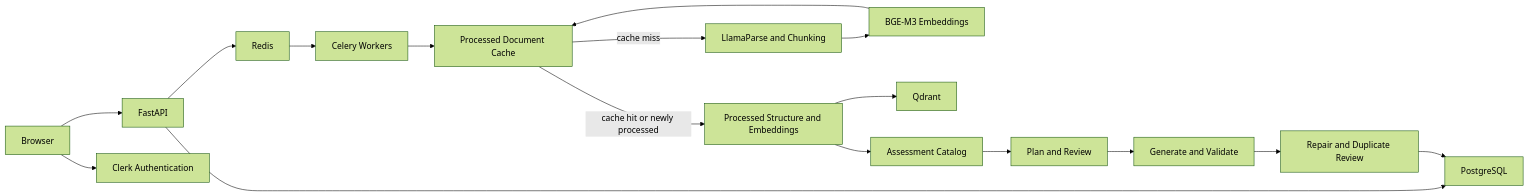
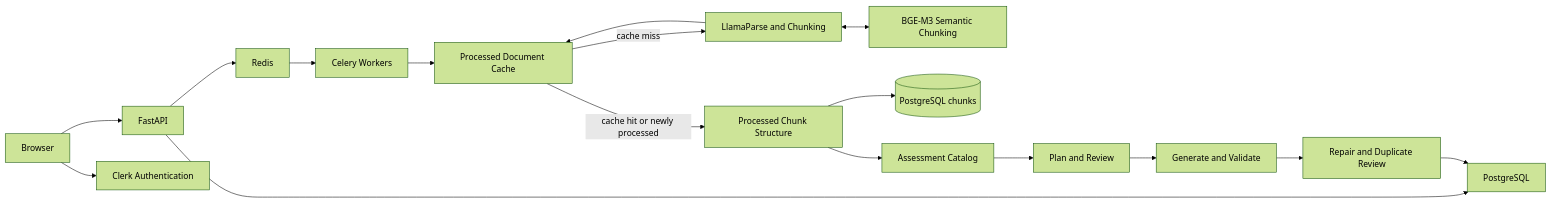
The diagram in README.md (AbdelrahmanAlabadla/DraftWork), drawn with Mermaid (forest theme) before and after one commit. The commit also changed other lines of this file and 19 other files, not shown here.

First line of the commit message:
Store document chunks in PostgreSQL instead of Qdrant

````diff
--- a/README.md
+++ b/README.md
@@ -153,19 +153,19 @@
 ```mermaid
 flowchart LR
     A[Browser] --> B[FastAPI]
     A --> J[Clerk Authentication]
     B --> C[PostgreSQL]
     B --> D[Redis]
     D --> E[Celery Workers]
     E --> G[Processed Document Cache]
     G -->|cache miss| F[LlamaParse and Chunking]
-    F --> H[BGE-M3 Embeddings]
-    H --> G
-    G -->|cache hit or newly processed| I[Processed Structure and Embeddings]
-    I --> Q[Qdrant]
+    F <--> H[BGE-M3 Semantic Chunking]
+    F --> G
+    G -->|cache hit or newly processed| I[Processed Chunk Structure]
+    I --> P[(PostgreSQL chunks)]
     I --> K[Assessment Catalog]
     K --> L[Plan and Review]
     L --> M[Generate and Validate]
     M --> N[Repair and Duplicate Review]
     N --> C
 ```
````
